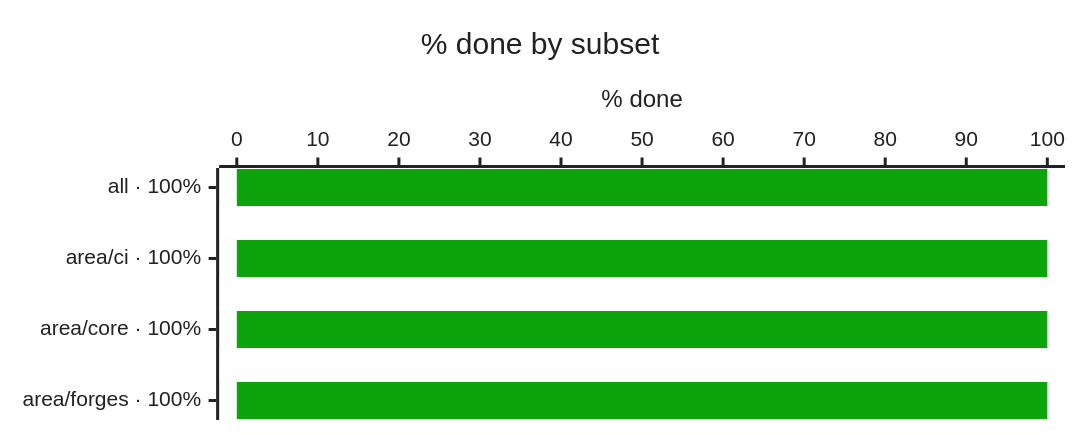
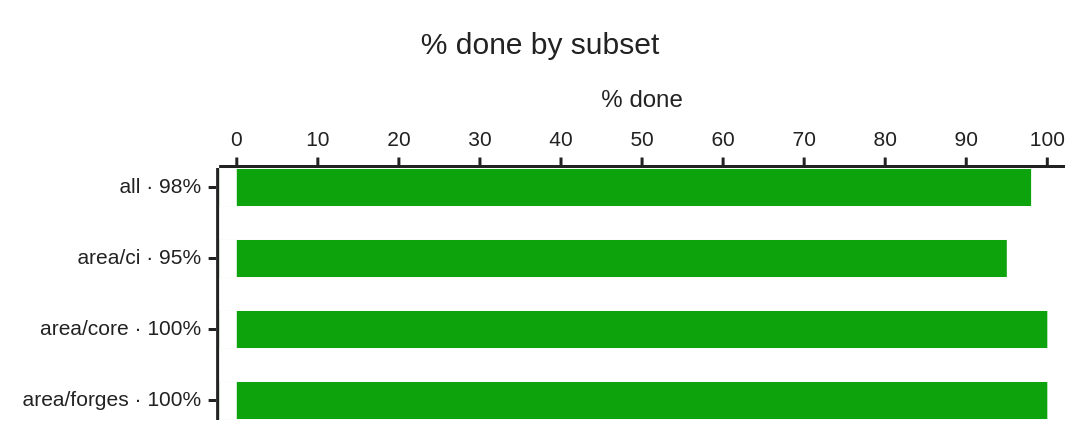
The first of 5 diagrams in README.md (bvraghav/pmtrack), drawn with Mermaid before and after one commit. The commit also changed other lines of this file and 4 other files, not shown here.

````diff
--- a/README.md
+++ b/README.md
@@ -5,9 +5,9 @@
 ```mermaid
 %%{init: {"themeVariables": {"xyChart": {"backgroundColor": "#ffffff", "titleColor": "#222222", "plotColorPalette": "#0ca30c,#ffffff", "xAxisLabelColor": "#222222", "xAxisTitleColor": "#222222", "xAxisTickColor": "#222222", "xAxisLineColor": "#222222", "yAxisLabelColor": "#222222", "yAxisTitleColor": "#222222", "yAxisTickColor": "#222222", "yAxisLineColor": "#222222"}}, "xyChart": {"height": 270}}}%%
 xychart-beta horizontal
   title "% done by subset"
-  x-axis ["all · 100%", "area/ci · 100%", "area/core · 100%", "area/forges · 100%"]
+  x-axis ["all · 98%", "area/ci · 95%", "area/core · 100%", "area/forges · 100%"]
   y-axis "% done" 0 --> 100
-  bar [100, 100, 100, 100]
+  bar [98, 95, 100, 100]
   bar [0, 0, 0, 0]
 ```
````
